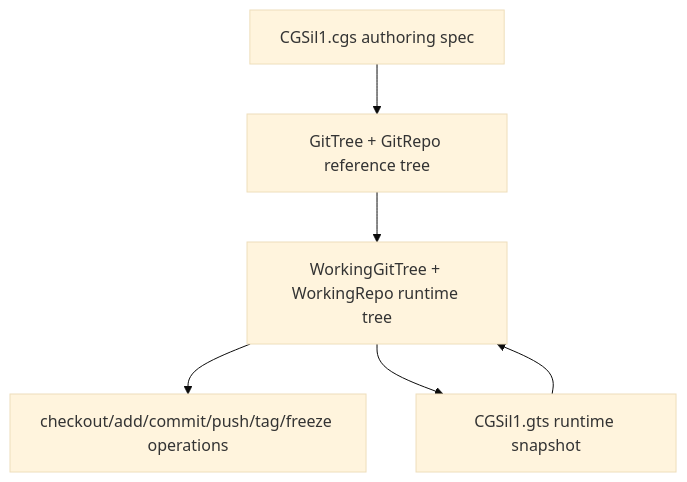
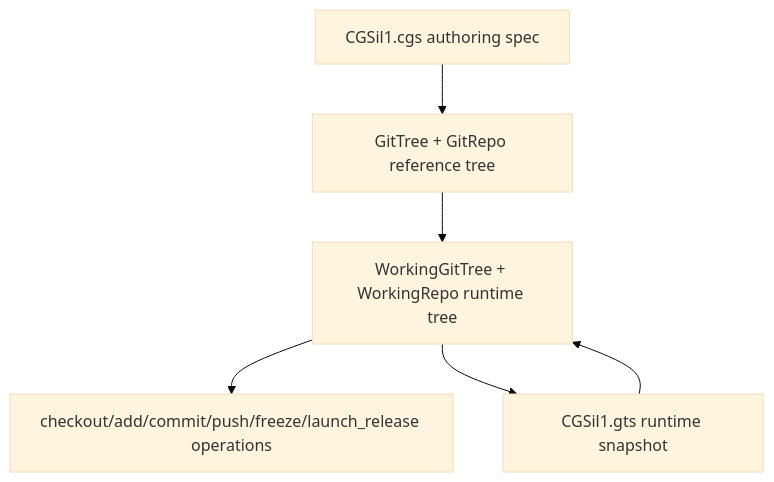
One commit to flipoyo/ComplexGitSync changed the diagram in docs/tutorial_cgsi1.md. Above: the diagram before and after it, drawn with Mermaid (base theme). The commit also changed other lines of this file and 14 other files, not shown here.

````diff
--- a/docs/tutorial_cgsi1.md
+++ b/docs/tutorial_cgsi1.md
@@ -32,8 +32,8 @@
 ```mermaid
 flowchart TD
     CGS[CGSil1.cgs authoring spec] --> REF[GitTree + GitRepo reference tree]
     REF --> WORK[WorkingGitTree + WorkingRepo runtime tree]
-    WORK --> OPS[checkout/add/commit/push/tag/freeze operations]
+    WORK --> OPS[checkout/add/commit/push/freeze/launch_release operations]
     WORK --> GTS[CGSil1.gts runtime snapshot]
     GTS --> WORK
 ```
````
